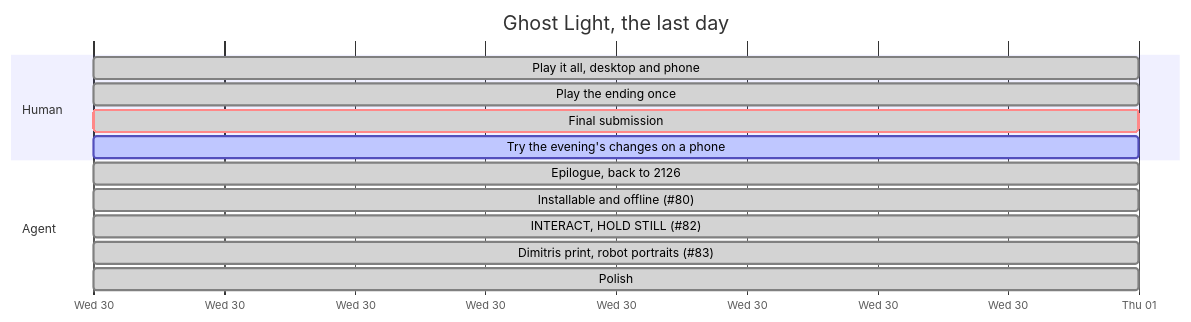
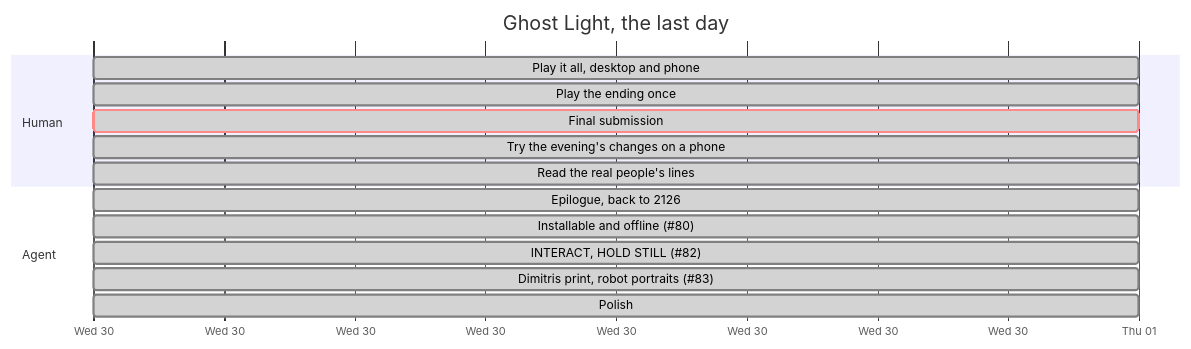
The second of 2 diagrams in STATUS.md (LoMagnette/ghost-light), drawn with Mermaid before and after one commit. The commit also changed other lines of this file, not shown here.

Commit message:
docs(status): the phone check and the people's lines, done by the author

````diff
--- a/STATUS.md
+++ b/STATUS.md
@@ -201,17 +196,18 @@
 ```mermaid
 gantt
     title Ghost Light, the last day
     dateFormat YYYY-MM-DD
     axisFormat %a %d
     section Human
     Play it all, desktop and phone    :done, h1, 2026-09-30, 1d
     Play the ending once              :done, h4, 2026-09-30, 1d
     Final submission                  :done, crit, s2, 2026-09-30, 1d
-    Try the evening's changes on a phone :active, h5, 2026-09-30, 1d
+    Try the evening's changes on a phone :done, h5, 2026-09-30, 1d
+    Read the real people's lines      :done, h6, 2026-09-30, 1d
     section Agent
     Epilogue, back to 2126            :done, g2, 2026-09-30, 1d
     Installable and offline (#80)     :done, g3, 2026-09-30, 1d
     INTERACT, HOLD STILL (#82)        :done, g4, 2026-09-30, 1d
     Dimitris print, robot portraits (#83) :done, g5, 2026-09-30, 1d
     Polish                            :done, g6, 2026-09-30, 1d
 ```
````
